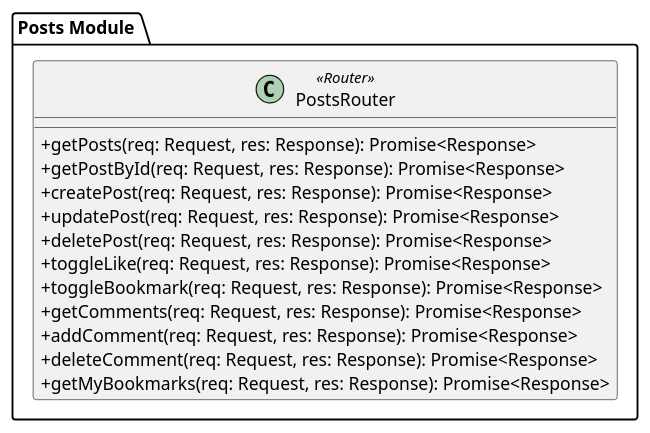
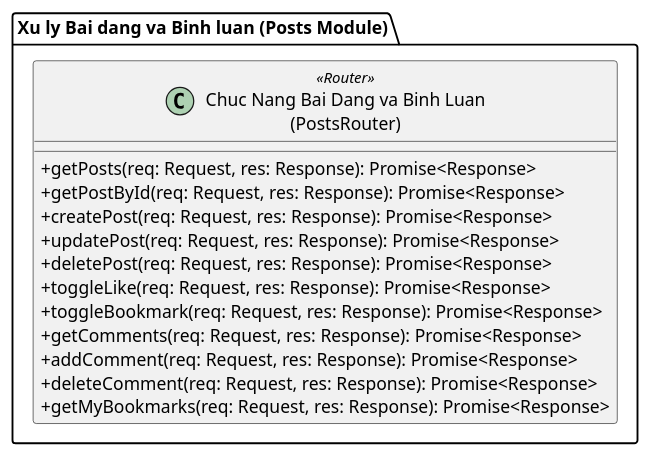
The diagram in docs/uml/Class/Class_Posts.puml (ntctuongktpm2211030-crypto/Thuc_Tap_NTD), drawn with PlantUML before and after one commit. The commit also changed 20 other files, not shown here.

```diff
--- a/docs/uml/Class/Class_Posts.puml
+++ b/docs/uml/Class/Class_Posts.puml
@@ -1,23 +1,23 @@
 @startuml Class_Posts
 
 skinparam linetype ortho
 skinparam classAttributeIconSize 0
 
-package "Posts Module " {
+package "Xu ly Bai dang va Binh luan (Posts Module)" {
 
-  class "PostsRouter" as PostsRouter <<Router>> {
+  class "Chuc Nang Bai Dang va Binh Luan\n(PostsRouter)" as PostsRouter <<Router>> {
     + getPosts(req: Request, res: Response): Promise<Response>
     + getPostById(req: Request, res: Response): Promise<Response>
     + createPost(req: Request, res: Response): Promise<Response>
     + updatePost(req: Request, res: Response): Promise<Response>
     + deletePost(req: Request, res: Response): Promise<Response>
     + toggleLike(req: Request, res: Response): Promise<Response>
     + toggleBookmark(req: Request, res: Response): Promise<Response>
     + getComments(req: Request, res: Response): Promise<Response>
     + addComment(req: Request, res: Response): Promise<Response>
     + deleteComment(req: Request, res: Response): Promise<Response>
     + getMyBookmarks(req: Request, res: Response): Promise<Response>
   }
 }
 
 @enduml
```
